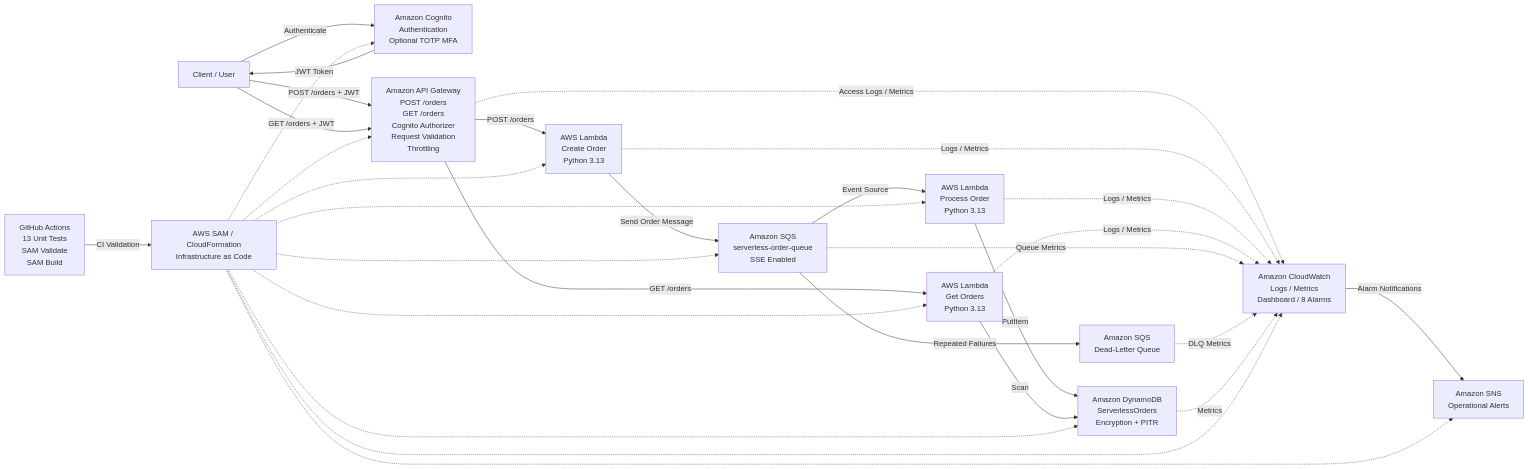
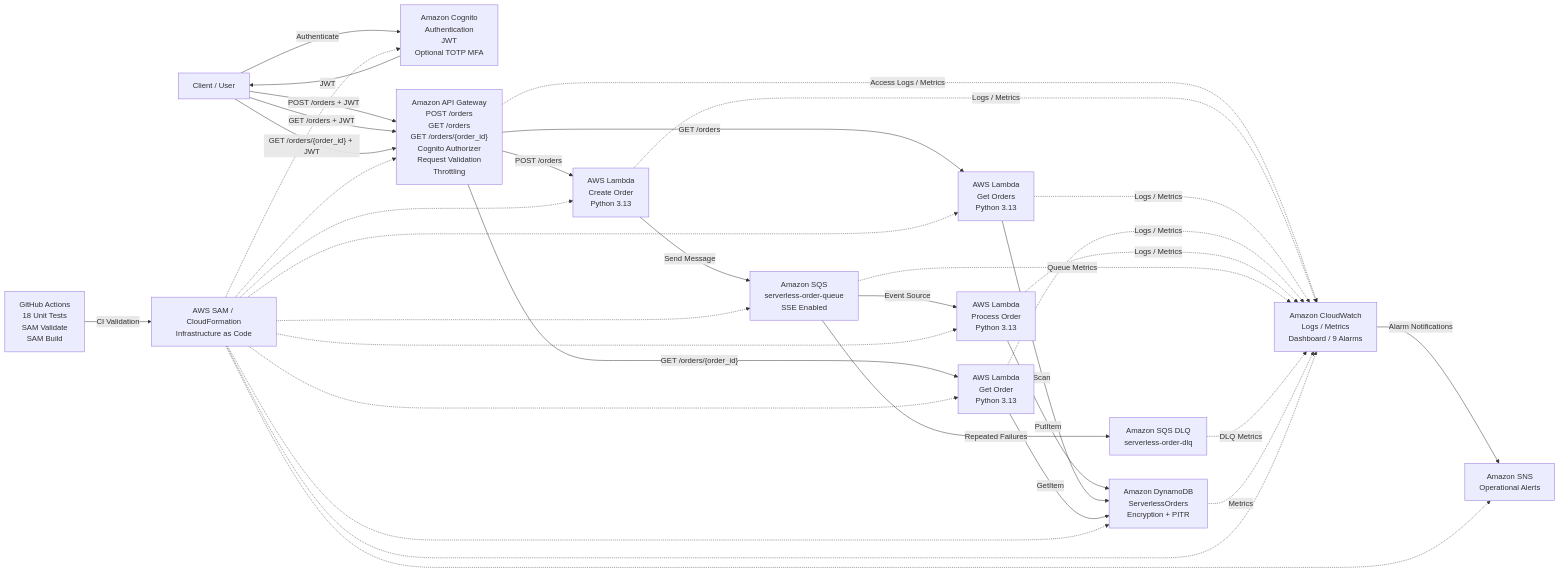
One commit to MusaMabasa/serverless-order-processing changed the diagram in docs/architecture.md. Above: the diagram before and after it, drawn with Mermaid. The commit also changed other lines of this file and 2 other files, not shown here.

Commit message:
Update documentation for single order retrieval

````diff
--- a/docs/architecture.md
+++ b/docs/architecture.md
@@ -3,73 +3,81 @@
 ```mermaid
 flowchart LR
 
     User["Client / User"]
 
-    Cognito["Amazon Cognito<br/>Authentication<br/>Optional TOTP MFA"]
+    Cognito["Amazon Cognito<br/>Authentication<br/>JWT<br/>Optional TOTP MFA"]
 
-    APIGW["Amazon API Gateway<br/>POST /orders<br/>GET /orders<br/>Cognito Authorizer<br/>Request Validation<br/>Throttling"]
+    APIGW["Amazon API Gateway<br/>POST /orders<br/>GET /orders<br/>GET /orders/{order_id}<br/>Cognito Authorizer<br/>Request Validation<br/>Throttling"]
 
     CreateLambda["AWS Lambda<br/>Create Order<br/>Python 3.13"]
+
+    GetOrdersLambda["AWS Lambda<br/>Get Orders<br/>Python 3.13"]
+
+    GetOrderLambda["AWS Lambda<br/>Get Order<br/>Python 3.13"]
 
     SQS["Amazon SQS<br/>serverless-order-queue<br/>SSE Enabled"]
 
     ProcessLambda["AWS Lambda<br/>Process Order<br/>Python 3.13"]
 
-    GetOrdersLambda["AWS Lambda<br/>Get Orders<br/>Python 3.13"]
-
     DynamoDB["Amazon DynamoDB<br/>ServerlessOrders<br/>Encryption + PITR"]
 
-    DLQ["Amazon SQS<br/>Dead-Letter Queue"]
+    DLQ["Amazon SQS DLQ<br/>serverless-order-dlq"]
 
-    CloudWatch["Amazon CloudWatch<br/>Logs / Metrics<br/>Dashboard / 8 Alarms"]
+    CloudWatch["Amazon CloudWatch<br/>Logs / Metrics<br/>Dashboard / 9 Alarms"]
 
     SNS["Amazon SNS<br/>Operational Alerts"]
 
     SAM["AWS SAM / CloudFormation<br/>Infrastructure as Code"]
 
-    GitHub["GitHub Actions<br/>13 Unit Tests<br/>SAM Validate<br/>SAM Build"]
+    GitHub["GitHub Actions<br/>18 Unit Tests<br/>SAM Validate<br/>SAM Build"]
 
 
     User -->|"Authenticate"| Cognito
-    Cognito -->|"JWT Token"| User
+    Cognito -->|"JWT"| User
 
 
     User -->|"POST /orders + JWT"| APIGW
     APIGW -->|"POST /orders"| CreateLambda
-
-    CreateLambda -->|"Send Order Message"| SQS
+    CreateLambda -->|"Send Message"| SQS
     SQS -->|"Event Source"| ProcessLambda
     ProcessLambda -->|"PutItem"| DynamoDB
 
 
     User -->|"GET /orders + JWT"| APIGW
     APIGW -->|"GET /orders"| GetOrdersLambda
     GetOrdersLambda -->|"Scan"| DynamoDB
 
 
+    User -->|"GET /orders/{order_id} + JWT"| APIGW
+    APIGW -->|"GET /orders/{order_id}"| GetOrderLambda
+    GetOrderLambda -->|"GetItem"| DynamoDB
+
+
     SQS -->|"Repeated Failures"| DLQ
 
 
     APIGW -.->|"Access Logs / Metrics"| CloudWatch
     CreateLambda -.->|"Logs / Metrics"| CloudWatch
+    GetOrdersLambda -.->|"Logs / Metrics"| CloudWatch
+    GetOrderLambda -.->|"Logs / Metrics"| CloudWatch
     ProcessLambda -.->|"Logs / Metrics"| CloudWatch
-    GetOrdersLambda -.->|"Logs / Metrics"| CloudWatch
     SQS -.->|"Queue Metrics"| CloudWatch
     DLQ -.->|"DLQ Metrics"| CloudWatch
     DynamoDB -.->|"Metrics"| CloudWatch
 
     CloudWatch -->|"Alarm Notifications"| SNS
 
 
     SAM -.-> Cognito
     SAM -.-> APIGW
     SAM -.-> CreateLambda
     SAM -.-> GetOrdersLambda
+    SAM -.-> GetOrderLambda
     SAM -.-> SQS
     SAM -.-> ProcessLambda
     SAM -.-> DynamoDB
     SAM -.-> CloudWatch
     SAM -.-> SNS
 
     GitHub -->|"CI Validation"| SAM
 ```
````
